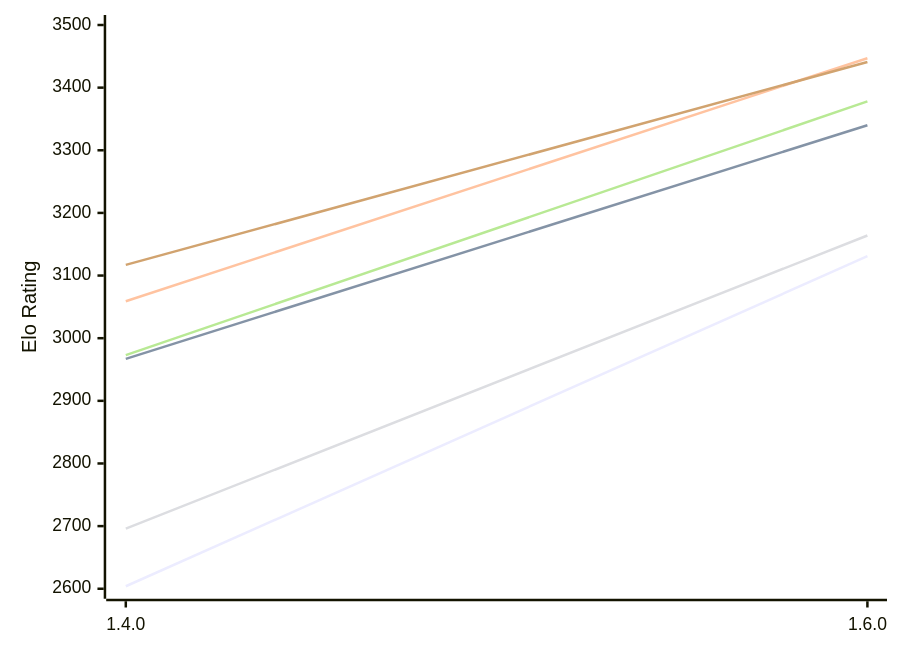
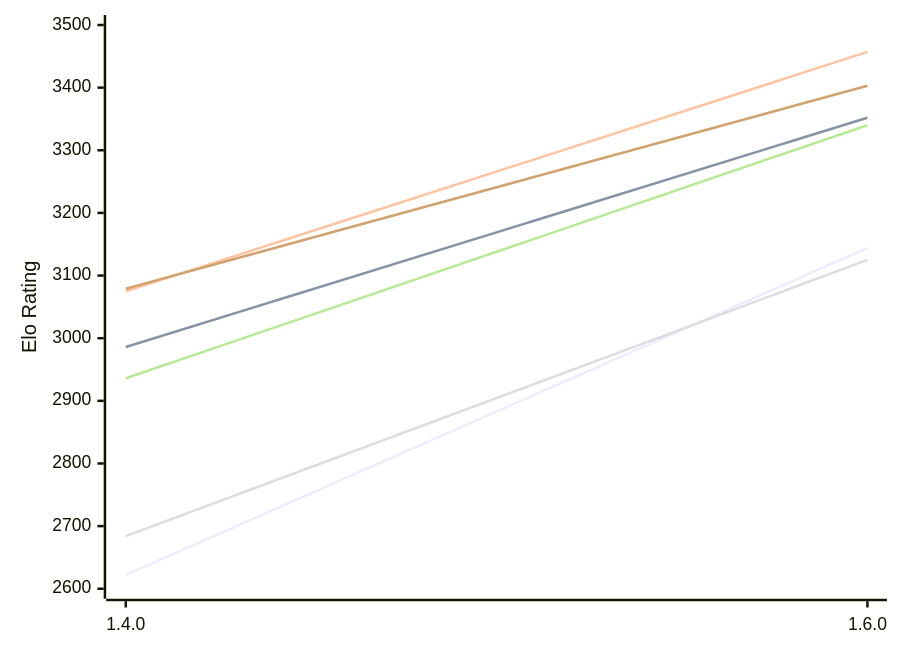
One commit to computer-chess-index/cci changed the first of 2 diagrams in engines/Gyatso.md. Above: the diagram before and after it, drawn with Mermaid. The commit also changed other lines of this file, not shown here.

Commit message:
Update CCI Ratings (ELO VLTC) - 2026-11-14

````diff
--- a/engines/Gyatso.md
+++ b/engines/Gyatso.md
@@ -53,12 +53,12 @@
 ```mermaid
 %%{init: {"theme":"base","themeVariables":{"seriesColors:['#a3a3a3','#222221','#faa371']}}}%%
 xychart-beta
   x-axis ["1.4.0", "1.6.0"]
   y-axis "Elo Rating" 2600 --> 3500
-  line "E1: STC (8.0+0.08s)" [2604, 3131]
-  line "E1: LTC (60.0+0.60s)" [2967, 3340]
-  line "E1: VLTC (2m24s+1.12s)" [3059, 3447]
-  line "P1: STC (8.0+0.08s)" [2696, 3164]
-  line "P1: LTC (60.0+0.60s)" [2973, 3378]
-  line "P1: VLTC (2m24s+1.12s)" [3117, 3441]
+  line "E1: STC (8.0+0.08s)" [2622, 3144]
+  line "E1: LTC (60.0+0.60s)" [2986, 3352]
+  line "E1: VLTC (2m24s+1.12s)" [3075, 3457]
+  line "P1: STC (8.0+0.08s)" [2684, 3125]
+  line "P1: LTC (60.0+0.60s)" [2936, 3340]
+  line "P1: VLTC (2m24s+1.12s)" [3079, 3403]
 ```
````
